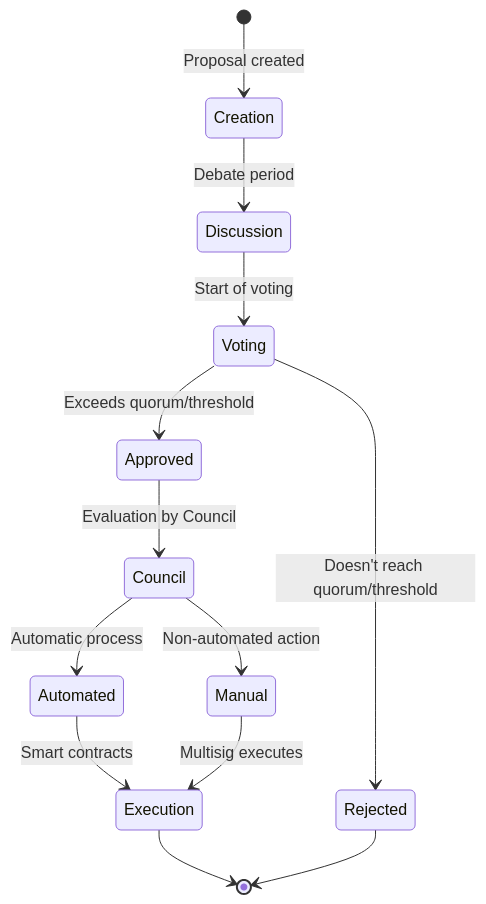
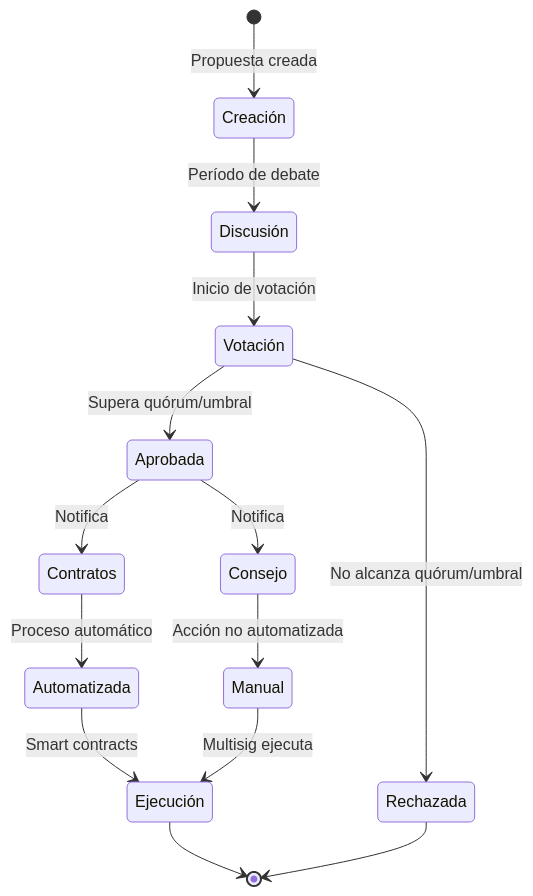
Before and after one commit to eth-ecuador/eth-ecuador-dao: the second of 4 diagrams in YellowPaper.md, drawn with Mermaid. The commit also changed other lines of this file, not shown here.

````diff
--- a/YellowPaper.md
+++ b/YellowPaper.md
@@ -209,15 +169,16 @@
 ```mermaid
 stateDiagram-v2
-    [*] --> Creation: Proposal created
-    Creation --> Discussion: Debate period
-    Discussion --> Voting: Start of voting
-    Voting --> Rejected: Doesn't reach quorum/threshold
-    Voting --> Approved: Exceeds quorum/threshold
-    Approved --> Council: Evaluation by Council
-    Council --> Automated: Automatic process
-    Council --> Manual: Non-automated action
-    Automated --> Execution: Smart contracts
-    Manual --> Execution: Multisig executes
-    Execution --> [*]
-    Rejected --> [*]
+    [*] --> Creación: Propuesta creada
+    Creación --> Discusión: Período de debate
+    Discusión --> Votación: Inicio de votación
+    Votación --> Rechazada: No alcanza quórum/umbral
+    Votación --> Aprobada: Supera quórum/umbral
+    Aprobada --> Contratos: Notifica
+    Aprobada --> Consejo: Notifica
+    Contratos --> Automatizada: Proceso automático
+    Consejo --> Manual: Acción no automatizada
+    Automatizada --> Ejecución: Smart contracts
+    Manual --> Ejecución: Multisig ejecuta
+    Ejecución --> [*]
+    Rechazada --> [*]
 ```
````
